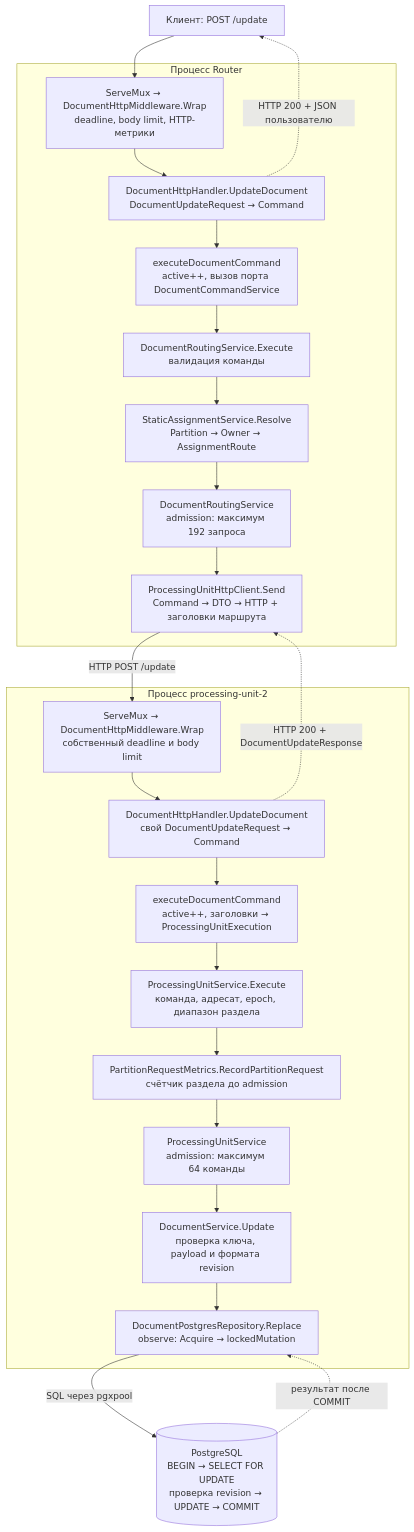
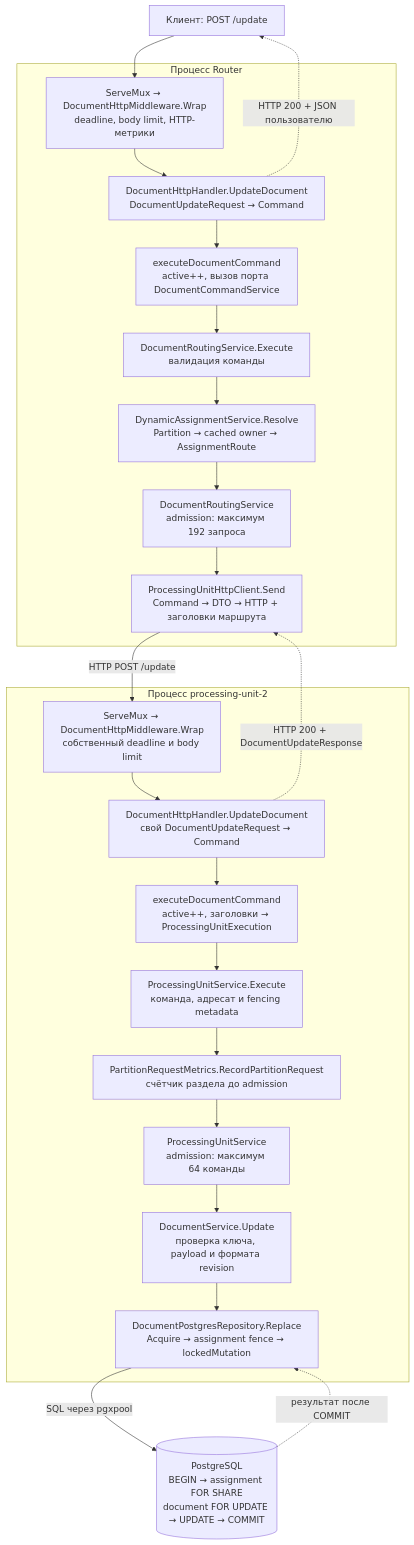
The first of 3 diagrams in docs/architecture.md (artrsyf/adaptive-autoscale-storage), drawn with Mermaid before and after one commit. The commit also changed other lines of this file and 83 other files, not shown here.

Commit message:
feat: Epic 3 — Assignment fencing and Scala control plane

````diff
--- a/docs/architecture.md
+++ b/docs/architecture.md
@@ -140,32 +154,32 @@
 ```mermaid
 flowchart TD
     U["Клиент: POST /update"]
     subgraph R["Процесс Router"]
       RM["ServeMux → DocumentHttpMiddleware.Wrap<br/>deadline, body limit, HTTP-метрики"]
       RH["DocumentHttpHandler.UpdateDocument<br/>DocumentUpdateRequest → Command"]
       RX["executeDocumentCommand<br/>active++, вызов порта DocumentCommandService"]
       RS["DocumentRoutingService.Execute<br/>валидация команды"]
-      AS["StaticAssignmentService.Resolve<br/>Partition → Owner → AssignmentRoute"]
+      AS["DynamicAssignmentService.Resolve<br/>Partition → cached owner → AssignmentRoute"]
       RA["DocumentRoutingService<br/>admission: максимум 192 запроса"]
       HC["ProcessingUnitHttpClient.Send<br/>Command → DTO → HTTP + заголовки маршрута"]
       RM --> RH --> RX --> RS --> AS --> RA --> HC
     end
     subgraph P["Процесс processing-unit-2"]
       PM["ServeMux → DocumentHttpMiddleware.Wrap<br/>собственный deadline и body limit"]
       PH["DocumentHttpHandler.UpdateDocument<br/>свой DocumentUpdateRequest → Command"]
       PX["executeDocumentCommand<br/>active++, заголовки → ProcessingUnitExecution"]
-      PS["ProcessingUnitService.Execute<br/>команда, адресат, epoch, диапазон раздела"]
+      PS["ProcessingUnitService.Execute<br/>команда, адресат и fencing metadata"]
       MET["PartitionRequestMetrics.RecordPartitionRequest<br/>счётчик раздела до admission"]
       PA["ProcessingUnitService<br/>admission: максимум 64 команды"]
       DS["DocumentService.Update<br/>проверка ключа, payload и формата revision"]
-      RE["DocumentPostgresRepository.Replace<br/>observe: Acquire → lockedMutation"]
+      RE["DocumentPostgresRepository.Replace<br/>Acquire → assignment fence → lockedMutation"]
       PM --> PH --> PX --> PS --> MET --> PA --> DS --> RE
     end
-    DB[("PostgreSQL<br/>BEGIN → SELECT FOR UPDATE<br/>проверка revision → UPDATE → COMMIT")]
+    DB[("PostgreSQL<br/>BEGIN → assignment FOR SHARE<br/>document FOR UPDATE → UPDATE → COMMIT")]
     U --> RM
     HC -->|"HTTP POST /update"| PM
     RE -->|"SQL через pgxpool"| DB
     DB -. "результат после COMMIT" .-> RE
     PH -. "HTTP 200 + DocumentUpdateResponse" .-> HC
     RH -. "HTTP 200 + JSON пользователю" .-> U
 ```
````
